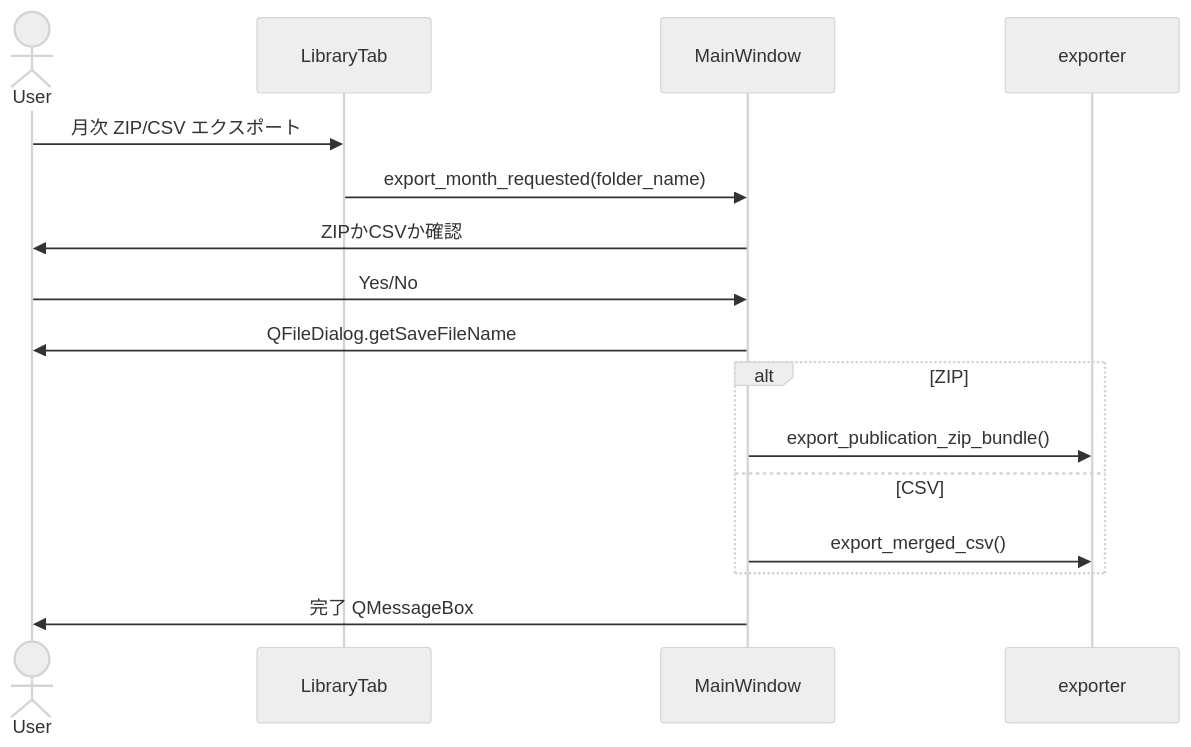
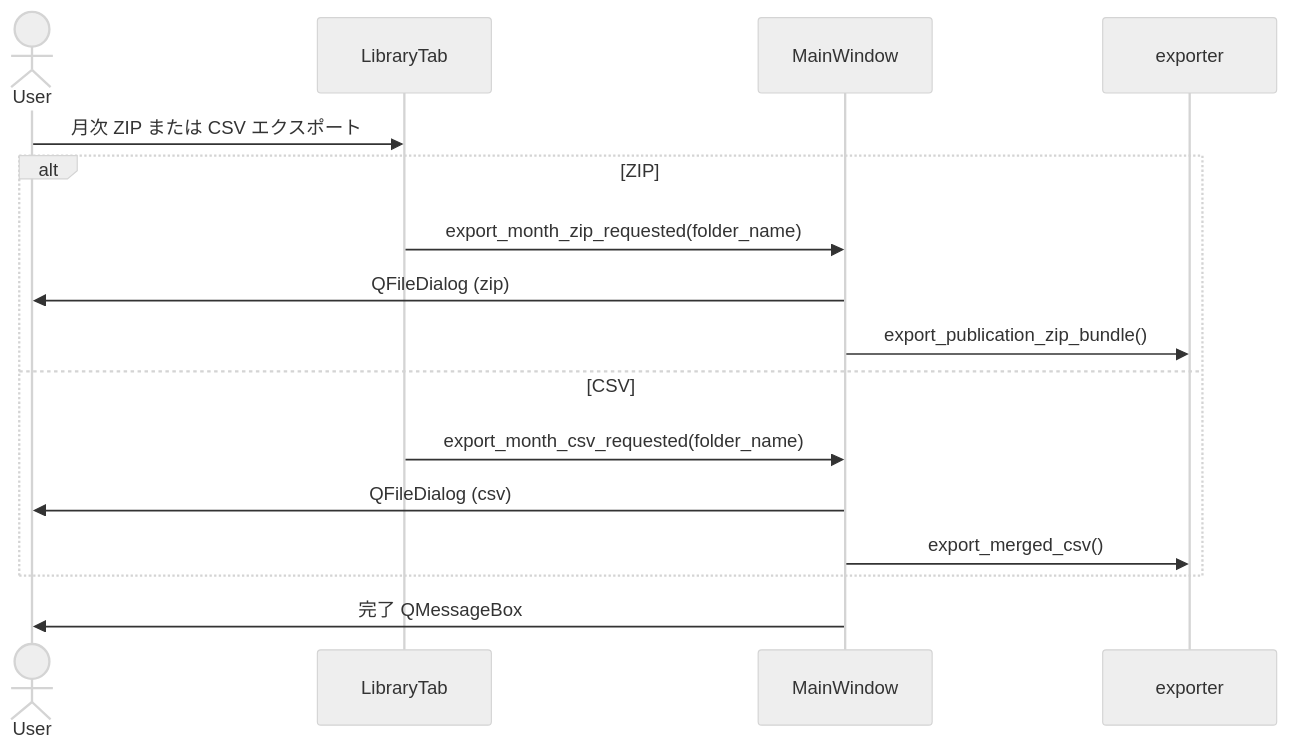
The fifth of 9 diagrams in docs/UI_FLOW.md (matrix9neonebuchadnezzar2199-sketch/JATIC-Library), drawn with Mermaid (neutral theme) before and after one commit. The commit also changed other lines of this file and 13 other files, not shown here.

````diff
--- a/docs/UI_FLOW.md
+++ b/docs/UI_FLOW.md
@@ -153,19 +153,19 @@
 ```mermaid
 sequenceDiagram
     actor User
     participant LT as LibraryTab
     participant MW as MainWindow
     participant Exp as exporter
 
-    User->>LT: 月次 ZIP/CSV エクスポート
-    LT->>MW: export_month_requested(folder_name)
-    MW->>User: ZIPかCSVか確認
-    User->>MW: Yes/No
-    MW->>User: QFileDialog.getSaveFileName
+    User->>LT: 月次 ZIP または CSV エクスポート
     alt ZIP
+        LT->>MW: export_month_zip_requested(folder_name)
+        MW->>User: QFileDialog (zip)
         MW->>Exp: export_publication_zip_bundle()
     else CSV
+        LT->>MW: export_month_csv_requested(folder_name)
+        MW->>User: QFileDialog (csv)
         MW->>Exp: export_merged_csv()
     end
     MW->>User: 完了 QMessageBox
 ```
````
